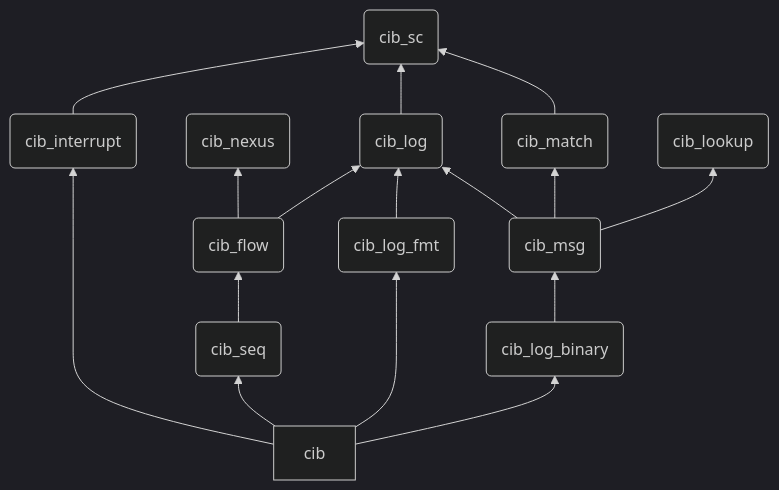
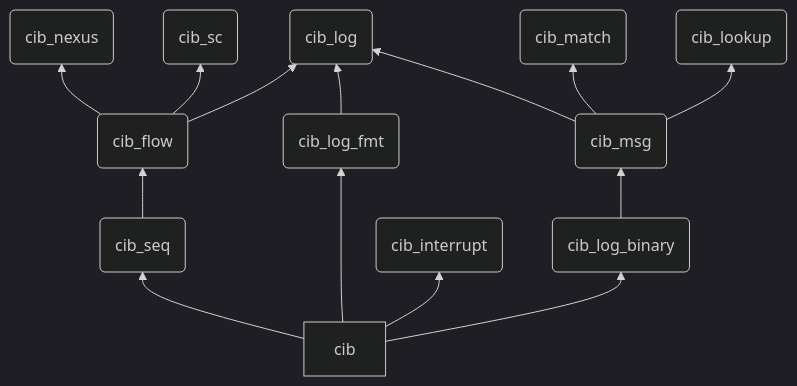
One commit to intel/compile-time-init-build changed the diagram in docs/intro.adoc. Above: the diagram before and after it, drawn with Mermaid (dark theme). The commit also changed 36 other files, not shown here.

First line of the commit message:
:fire: Remove sc from log, msg and match libraries

```diff
--- a/docs/intro.adoc
+++ b/docs/intro.adoc
@@ -57,24 +57,23 @@
 [mermaid, format="svg"]
 ----
 flowchart BT
+  nexus(cib_nexus)
   sc(cib_sc)
-  nexus(cib_nexus)
+  log(cib_log)
+  match(cib_match)
   lookup(cib_lookup)
 
   flow(cib_flow) --> nexus
+  flow --> sc
   flow --> log
-
-  interrupt(cib_interrupt) --> sc
-  match(cib_match) --> sc
-  log(cib_log) --> sc
-
 
   log_fmt(cib_log_fmt) --> log
   msg(cib_msg) --> log & match
   msg --> lookup
 
   log_binary(cib_log_binary) --> msg
   seq(cib_seq) --> flow
 
-  cib --> interrupt & seq & log_fmt & log_binary
+  interrupt(cib_interrupt)
+  cib --> seq & log_fmt & log_binary & interrupt
 ----
```
